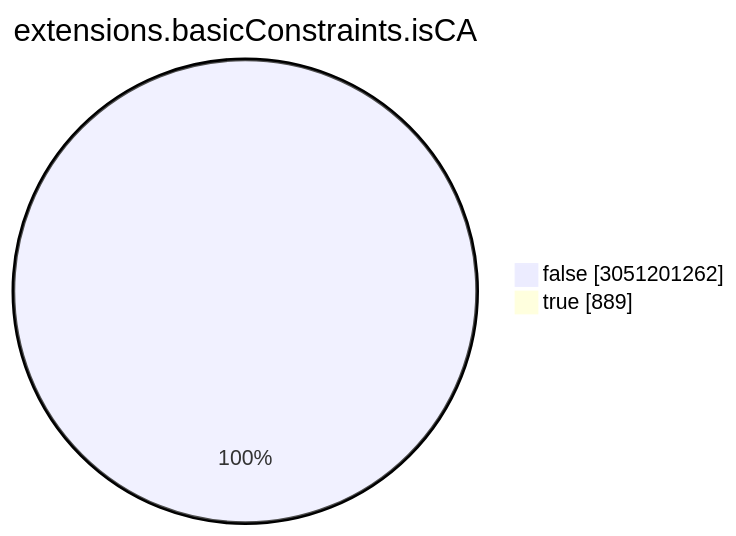
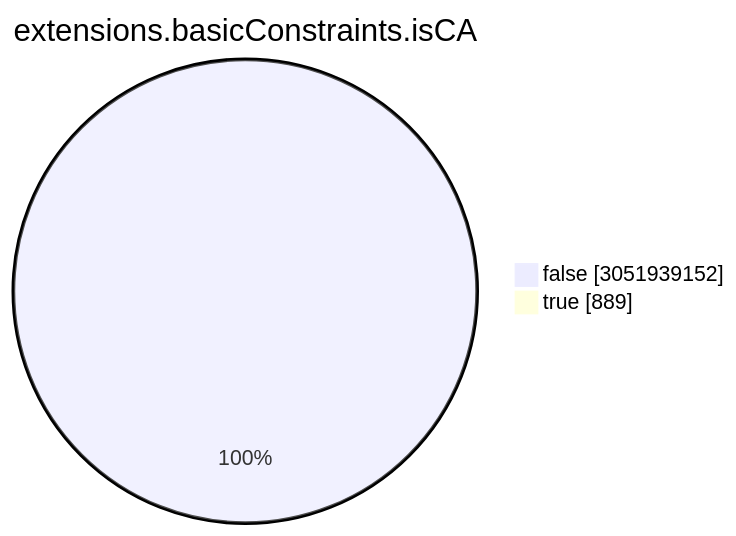
Before and after one commit to christiankrug/ctmonitor_visualization: the seventh of 15 diagrams in TOTAL/README.md, drawn with Mermaid. The commit also changed other lines of this file, not shown here.

````diff
--- a/TOTAL/README.md
+++ b/TOTAL/README.md
@@ -3088,6 +3088,6 @@
 ```mermaid
 pie showData
 title extensions.basicConstraints.isCA
-"false" :3051201262
+"false" :3051939152
 "true" :889
 ```
````
